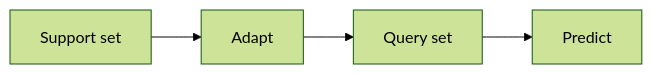
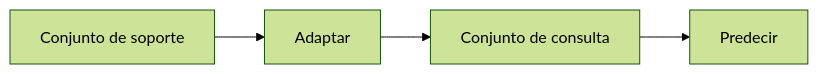
Before and after one commit to EmersonBraun/ai-summary-hub: the diagram in i18n/es/docusaurus-plugin-content-docs/current/few-shot-learning/index.md, drawn with Mermaid (forest theme). The commit also changed other lines of this file and 230 other files, not shown here.

````diff
--- a/i18n/es/docusaurus-plugin-content-docs/current/few-shot-learning/index.md
+++ b/i18n/es/docusaurus-plugin-content-docs/current/few-shot-learning/index.md
@@ -17,6 +19,6 @@
 ```mermaid
 flowchart LR
-  Support[Support set] --> Adapt[Adapt]
-  Adapt --> Query[Query set]
-  Query --> Predict[Predict]
+  Support[Conjunto de soporte] --> Adapt[Adaptar]
+  Adapt --> Query[Conjunto de consulta]
+  Query --> Predict[Predecir]
 ```
````
